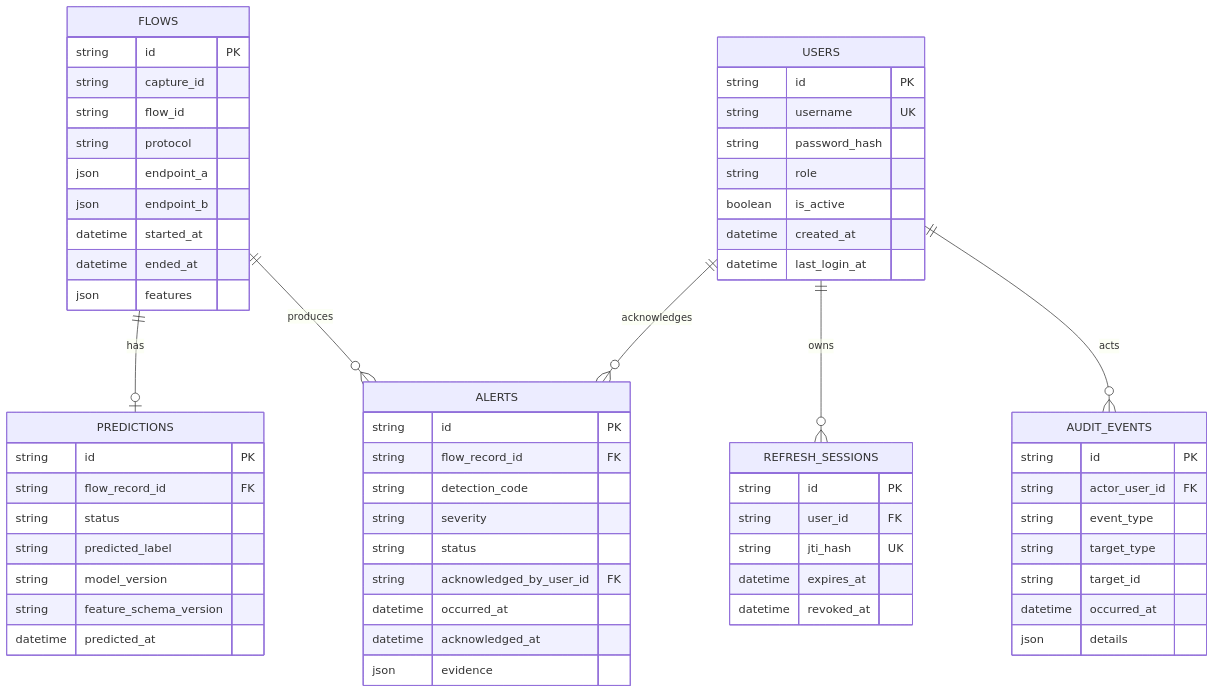
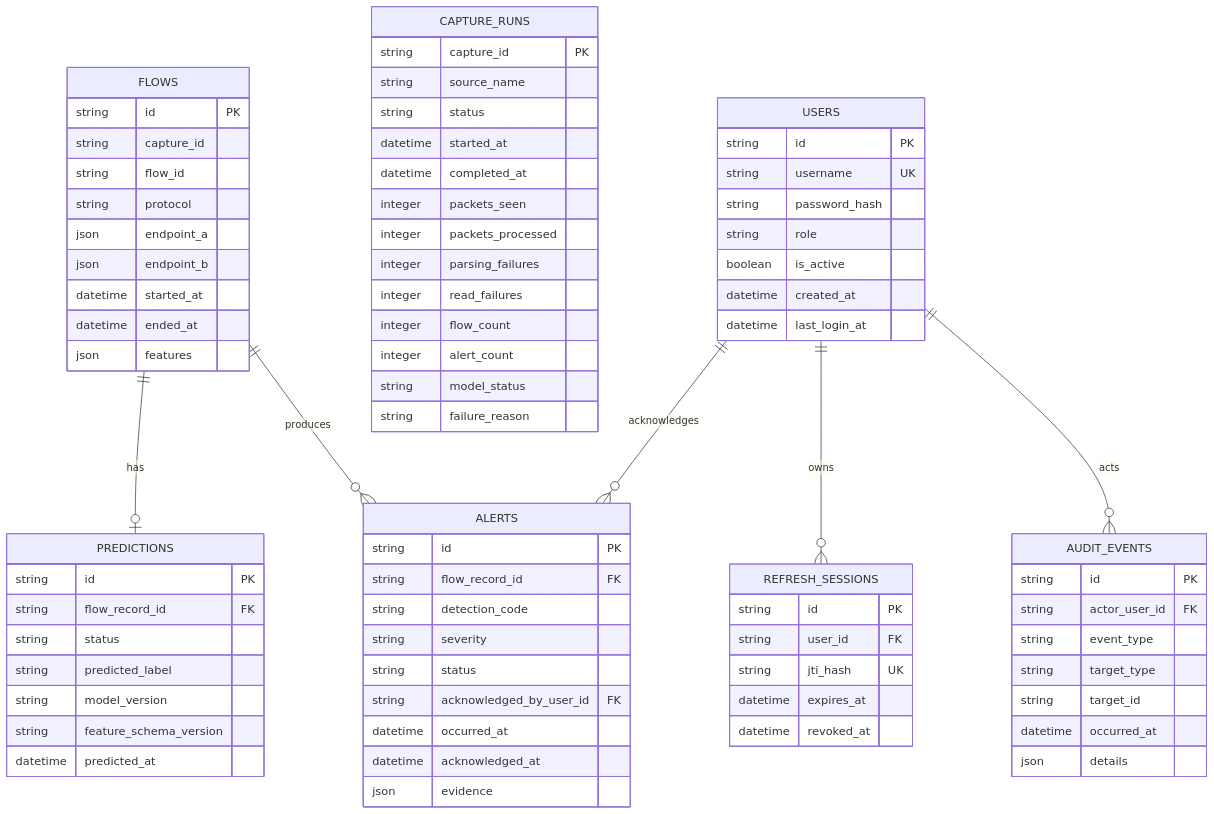
Before and after one commit to sugarfreelife/-AI-Based-Real-Time-Network-Intrusion-Detection-Traffic-Monitoring-System: the diagram in docs/DATABASE.md, drawn with Mermaid. The commit also changed other lines of this file and 8 other files, not shown here.

````diff
--- a/docs/DATABASE.md
+++ b/docs/DATABASE.md
@@ -7,64 +7,79 @@
 ```mermaid
 erDiagram
     FLOWS ||--o| PREDICTIONS : has
     FLOWS ||--o{ ALERTS : produces
+    CAPTURE_RUNS {
+        string capture_id PK
+        string source_name
+        string status
+        datetime started_at
+        datetime completed_at
+        integer packets_seen
+        integer packets_processed
+        integer parsing_failures
+        integer read_failures
+        integer flow_count
+        integer alert_count
+        string model_status
+        string failure_reason
+    }
     USERS ||--o{ REFRESH_SESSIONS : owns
     USERS ||--o{ AUDIT_EVENTS : acts
     USERS ||--o{ ALERTS : acknowledges
     FLOWS {
         string id PK
         string capture_id
         string flow_id
         string protocol
         json endpoint_a
         json endpoint_b
         datetime started_at
         datetime ended_at
         json features
     }
     PREDICTIONS {
         string id PK
         string flow_record_id FK
         string status
         string predicted_label
         string model_version
         string feature_schema_version
         datetime predicted_at
     }
     ALERTS {
         string id PK
         string flow_record_id FK
         string detection_code
         string severity
         string status
         string acknowledged_by_user_id FK
         datetime occurred_at
         datetime acknowledged_at
         json evidence
     }
     USERS {
         string id PK
         string username UK
         string password_hash
         string role
         boolean is_active
         datetime created_at
         datetime last_login_at
     }
     REFRESH_SESSIONS {
         string id PK
         string user_id FK
         string jti_hash UK
         datetime expires_at
         datetime revoked_at
     }
     AUDIT_EVENTS {
         string id PK
         string actor_user_id FK
         string event_type
         string target_type
         string target_id
         datetime occurred_at
         json details
     }
 ```
````
